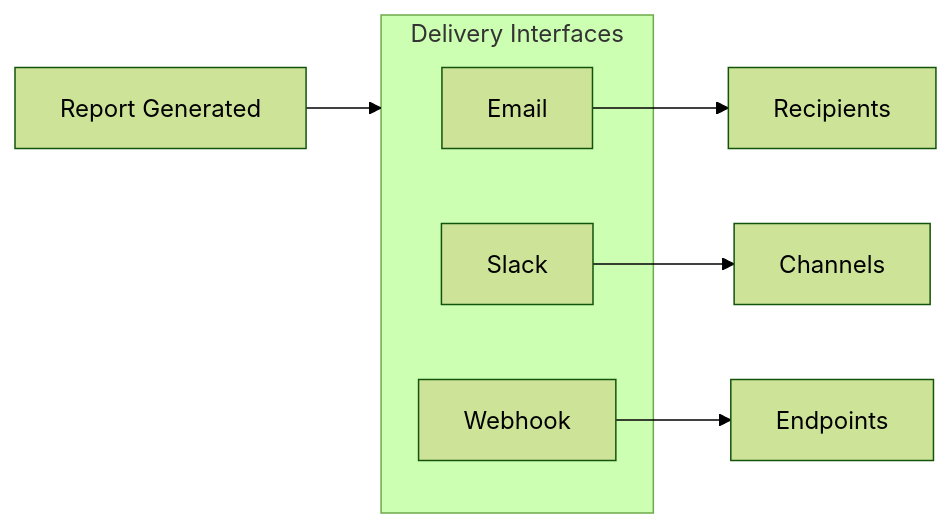
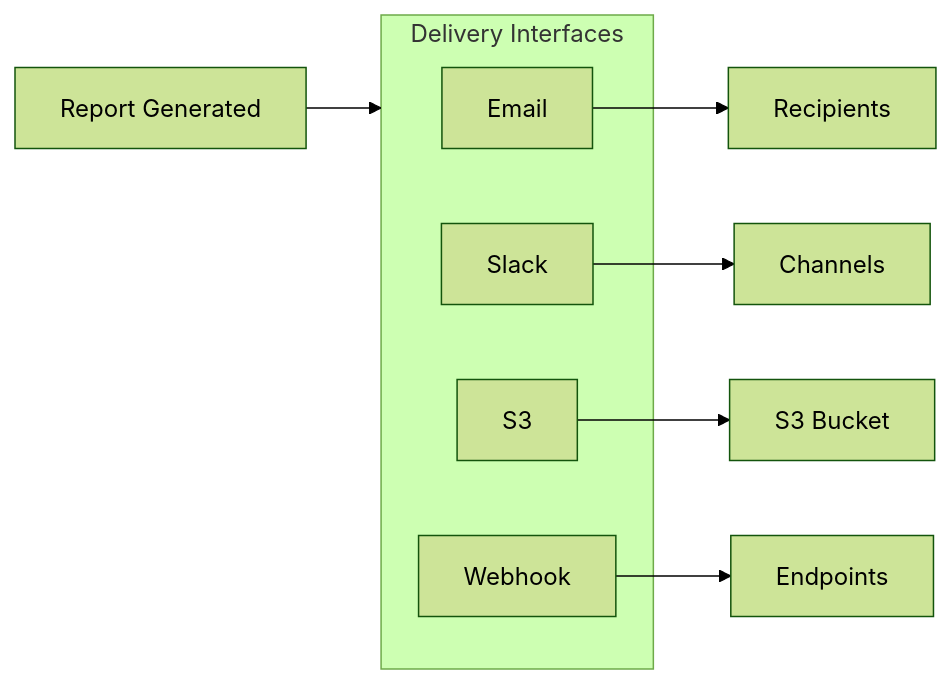
One commit to beshu-tech/anaphora-docs changed the diagram in versioned_docs/version-stable/delivery-interfaces/index.md. Above: the diagram before and after it, drawn with Mermaid (forest theme). The commit also changed other lines of this file and 11 other files, not shown here.

````diff
--- a/versioned_docs/version-stable/delivery-interfaces/index.md
+++ b/versioned_docs/version-stable/delivery-interfaces/index.md
@@ -69,15 +70,17 @@
 ```mermaid
 flowchart LR
     report["Report Generated"]
 
     subgraph interfaces["Delivery Interfaces"]
         email["Email"]
         slack["Slack"]
+        s3["S3"]
         webhook["Webhook"]
     end
 
     report --> interfaces
     email --> recipients["Recipients"]
     slack --> channels["Channels"]
+    s3 --> bucket["S3 Bucket"]
     webhook --> endpoints["Endpoints"]
 ```
````
